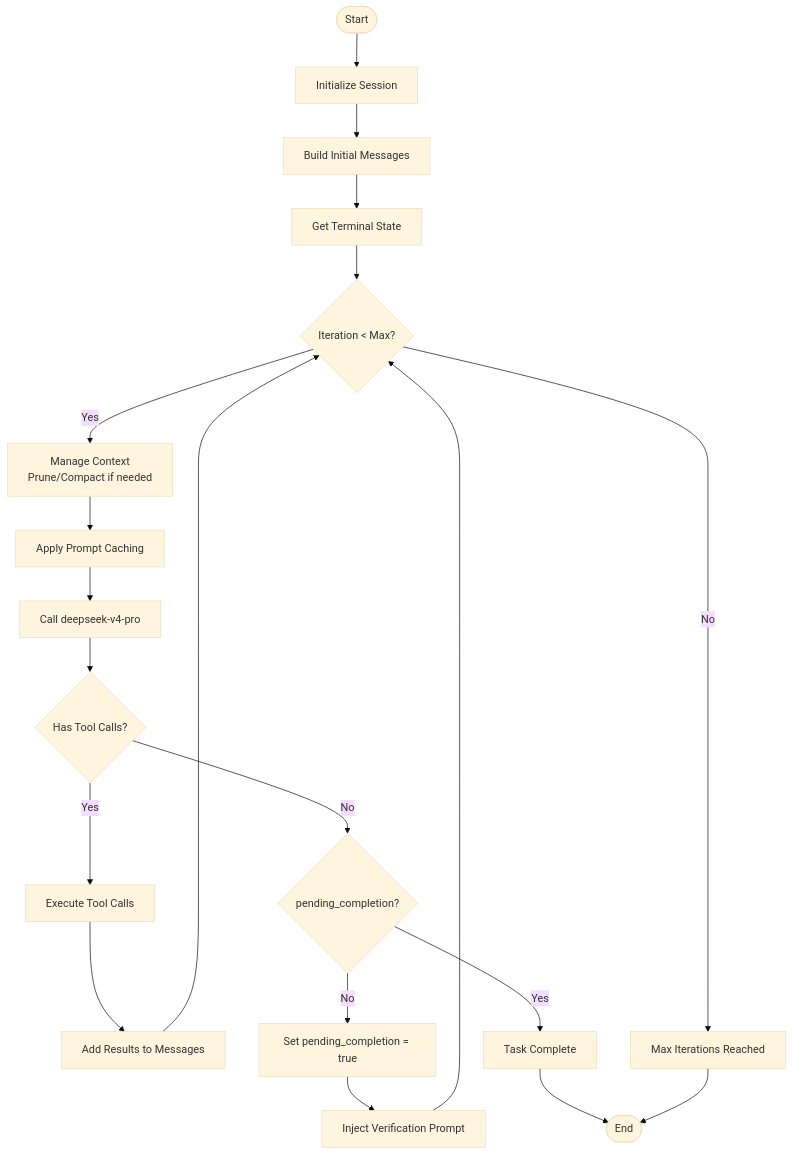
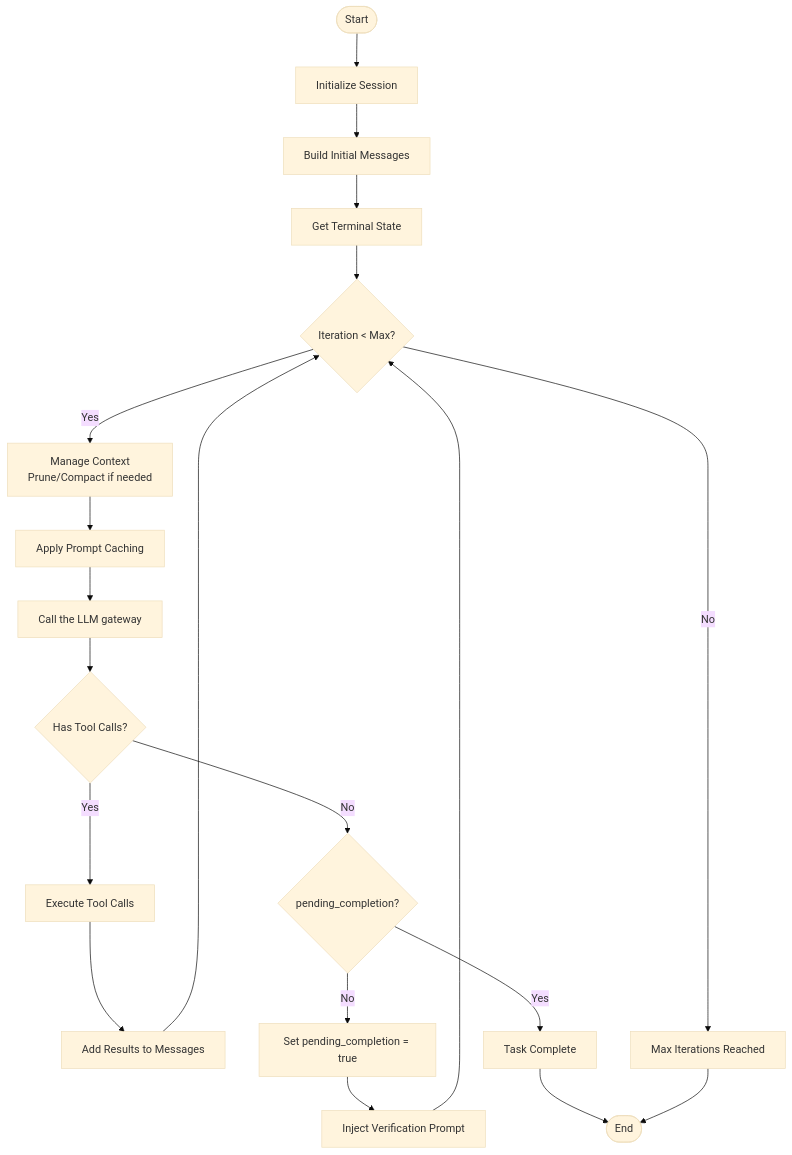
The second of 6 diagrams in README.md (BaseIntelligence/baseagent), drawn with Mermaid (base theme) before and after one commit. The commit also changed other lines of this file and 24 other files, not shown here.

First line of the commit message:
feat(llm): route agent through the platform LLM gateway (drop DeepSeek)

````diff
--- a/README.md
+++ b/README.md
@@ -137,31 +137,31 @@
 ```mermaid
 flowchart TB
     Start([Start]) --> Init[Initialize Session]
     Init --> BuildMsg[Build Initial Messages]
     BuildMsg --> GetState[Get Terminal State]
     
     GetState --> LoopStart{Iteration < Max?}
     
     LoopStart -->|Yes| ManageCtx[Manage Context<br/>Prune/Compact if needed]
     ManageCtx --> ApplyCache[Apply Prompt Caching]
-    ApplyCache --> CallLLM[Call deepseek-v4-pro]
+    ApplyCache --> CallLLM[Call the LLM gateway]
     
     CallLLM --> HasCalls{Has Tool Calls?}
     
     HasCalls -->|Yes| ExecTools[Execute Tool Calls]
     ExecTools --> AddResults[Add Results to Messages]
     AddResults --> LoopStart
     
     HasCalls -->|No| CheckPending{pending_completion?}
     
     CheckPending -->|No| SetPending[Set pending_completion = true]
     SetPending --> InjectVerify[Inject Verification Prompt]
     InjectVerify --> LoopStart
     
     CheckPending -->|Yes| Complete[Task Complete]
     
     LoopStart -->|No| Timeout[Max Iterations Reached]
     
     Complete --> End([End])
     Timeout --> End
 ```
````
